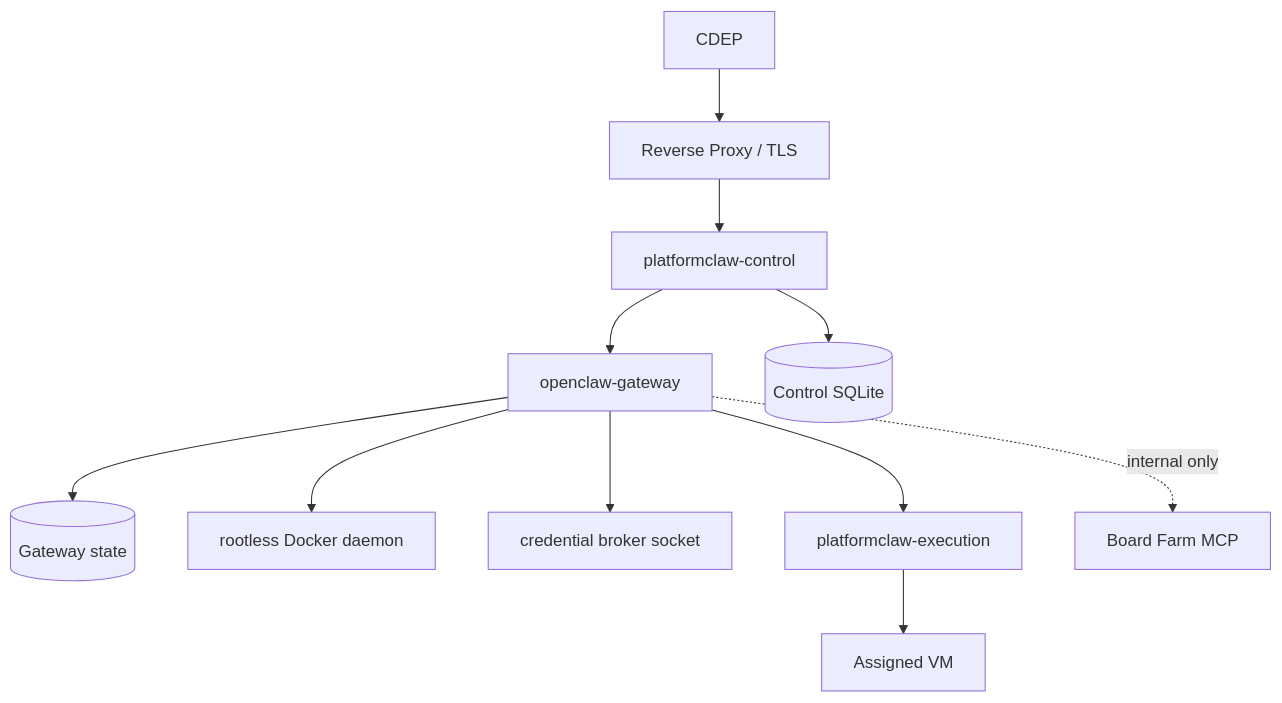
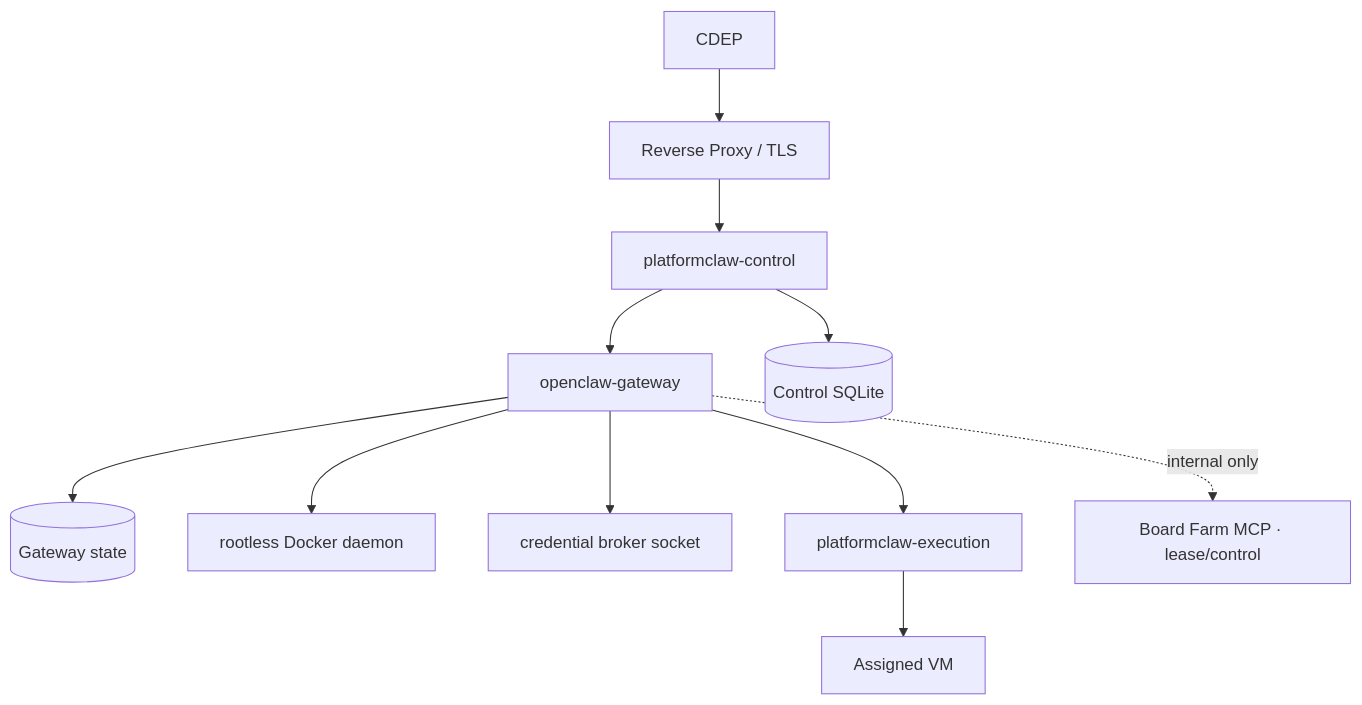
Before and after one commit to devSejung/platformclaw: diagram 16 of 16 in ARCHITECTURE.md, drawn with Mermaid. The commit also changed other lines of this file and 32 other files, not shown here.

````diff
--- a/ARCHITECTURE.md
+++ b/ARCHITECTURE.md
@@ -318,13 +320,13 @@
 ```mermaid
 flowchart TB
   RP["Reverse Proxy / TLS"] --> CTL["platformclaw-control"]
   CTL --> GW["openclaw-gateway"]
   GW --> DB[("Gateway state")]
   CTL --> CDB[("Control SQLite")]
   GW --> SD["rootless Docker daemon"]
   GW --> CB["credential broker socket"]
   GW --> EX["platformclaw-execution"]
   EX --> VM["Assigned VM"]
   KN["CDEP"] --> RP
-  GW -. internal only .-> BF["Board Farm MCP"]
+  GW -. internal only .-> BF["Board Farm MCP · lease/control"]
 ```
````
